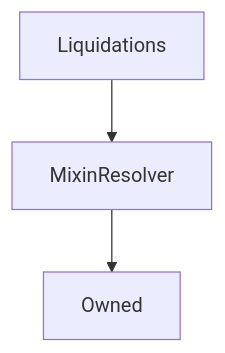
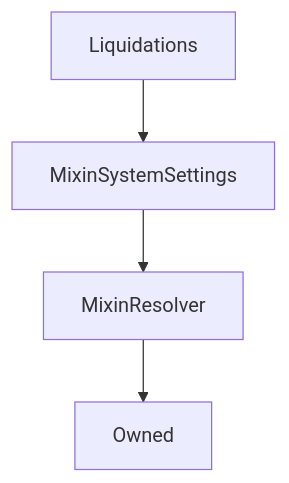
The diagram in content/contracts/source/contracts/Liquidations.md (Synthetixio/synthetix-docs), drawn with Mermaid before and after one commit. The commit also changed other lines of this file and 81 other files, not shown here.

````diff
--- a/content/contracts/source/contracts/Liquidations.md
+++ b/content/contracts/source/contracts/Liquidations.md
@@ -20,6 +20,7 @@
 ```mermaid
 graph TD
-    Liquidations[Liquidations] --> MixinResolver[MixinResolver]
+    Liquidations[Liquidations] --> MixinSystemSettings[MixinSystemSettings]
+    MixinSystemSettings[MixinSystemSettings] --> MixinResolver[MixinResolver]
     MixinResolver[MixinResolver] --> Owned[Owned]
 
 ```
````
